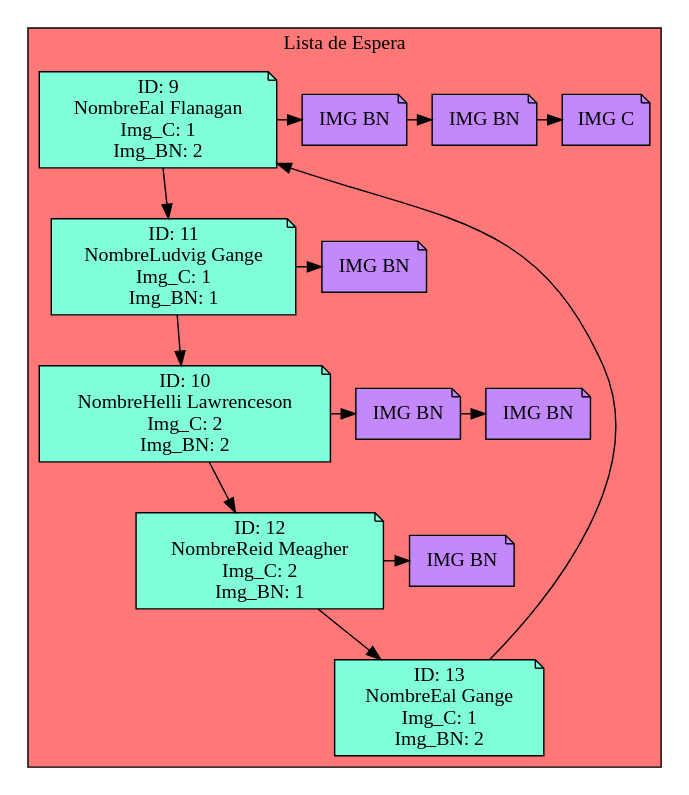
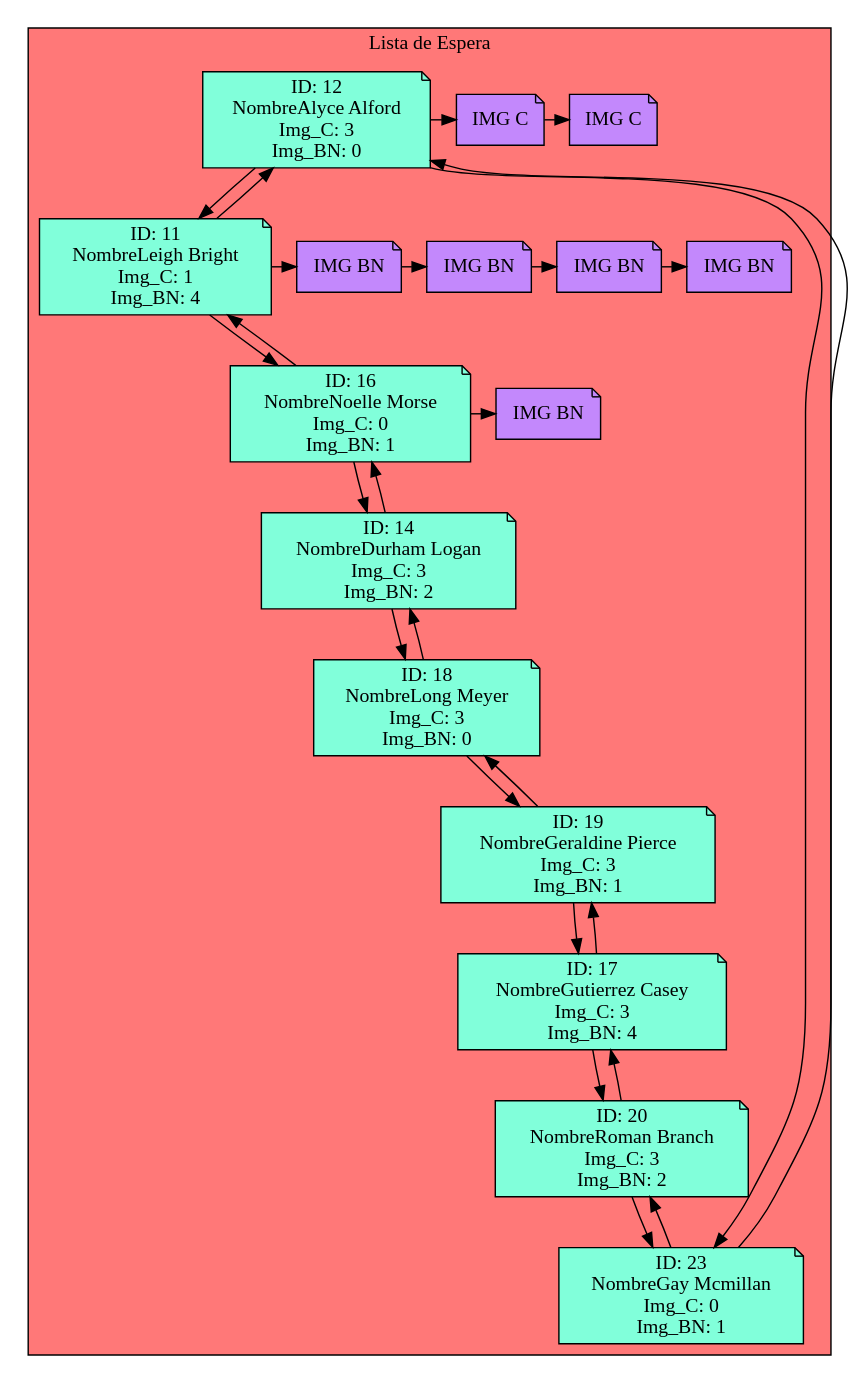
One commit to Serch-ING/EDD_UDRAWING_202000119 changed the diagram in Circular_Doble_espera.dot. Above: the diagram before and after it, drawn with Graphviz. The commit also changed 22 other files, not shown here.

```diff
--- a/Circular_Doble_espera.dot
+++ b/Circular_Doble_espera.dot
@@ -1,49 +1,94 @@
 digraph L {
 node[shape=note fillcolor="#A181FF" style =filled]
 subgraph cluster_p{
     label= "Lista de Espera "
     bgcolor = "#FF7878"
-Nodo2036127838[label="ID: 9
-NombreEal Flanagan
+Nodo150268540[label="ID: 12
+NombreAlyce Alford
+Img_C: 3
+Img_BN: 0",fillcolor="#81FFDA"]
+Nodo1470344997[label="ID: 11
+NombreLeigh Bright
 Img_C: 1
+Img_BN: 4",fillcolor="#81FFDA"]
+Nodo29183965[label="ID: 16
+NombreNoelle Morse
+Img_C: 0
+Img_BN: 1",fillcolor="#81FFDA"]
+Nodo310623126[label="ID: 14
+NombreDurham Logan
+Img_C: 3
 Img_BN: 2",fillcolor="#81FFDA"]
-Nodo1645547422[label="ID: 11
-NombreLudvig Gange
-Img_C: 1
+Nodo341796579[label="ID: 18
+NombreLong Meyer
+Img_C: 3
+Img_BN: 0",fillcolor="#81FFDA"]
+Nodo1297978429[label="ID: 19
+NombreGeraldine Pierce
+Img_C: 3
 Img_BN: 1",fillcolor="#81FFDA"]
-Nodo440737101[label="ID: 10
-NombreHelli Lawrenceson
-Img_C: 2
+Nodo915349526[label="ID: 17
+NombreGutierrez Casey
+Img_C: 3
+Img_BN: 4",fillcolor="#81FFDA"]
+Nodo1710989308[label="ID: 20
+NombreRoman Branch
+Img_C: 3
 Img_BN: 2",fillcolor="#81FFDA"]
-Nodo1766505436[label="ID: 12
-NombreReid Meagher
-Img_C: 2
+Nodo1578009262[label="ID: 23
+NombreGay Mcmillan
+Img_C: 0
 Img_BN: 1",fillcolor="#81FFDA"]
-Nodo899644639[label="ID: 13
-NombreEal Gange
-Img_C: 1
-Img_BN: 2",fillcolor="#81FFDA"]
 
-Nodo2036127838 -> Nodo1645547422
-Nodo2036127838->Nodo203612783800001
-Nodo203612783800001[label="IMG BN",fillcolor="#C388FC"]Nodo203612783800001->Nodo203612783800002
-Nodo203612783800002[label="IMG BN",fillcolor="#C388FC"]
-Nodo203612783800002->Nodo203612783811111
-Nodo203612783811111[label="IMG C",fillcolor="#C388FC"]
-{rank=same;Nodo2036127838,Nodo203612783800001,Nodo203612783800002,Nodo203612783811111}
-Nodo1645547422 -> Nodo440737101
-Nodo1645547422->Nodo164554742200001
-Nodo164554742200001[label="IMG BN",fillcolor="#C388FC"]
-{rank=same;Nodo1645547422,Nodo164554742200001}
-Nodo440737101 -> Nodo1766505436
-Nodo440737101->Nodo44073710100001
-Nodo44073710100001[label="IMG BN",fillcolor="#C388FC"]Nodo44073710100001->Nodo44073710100002
-Nodo44073710100002[label="IMG BN",fillcolor="#C388FC"]
-{rank=same;Nodo440737101,Nodo44073710100001,Nodo44073710100002}
-Nodo1766505436 -> Nodo899644639
-Nodo1766505436->Nodo176650543600001
-Nodo176650543600001[label="IMG BN",fillcolor="#C388FC"]
-{rank=same;Nodo1766505436,Nodo176650543600001}
-Nodo899644639 -> Nodo2036127838
+Nodo150268540 -> Nodo1470344997
 
-{rank=same;Nodo899644639}}}
+Nodo1470344997 -> Nodo150268540
+Nodo150268540->Nodo15026854011111
+Nodo15026854011111[label="IMG C",fillcolor="#C388FC"]Nodo15026854011111->Nodo15026854011112
+Nodo15026854011112[label="IMG C",fillcolor="#C388FC"]
+{rank=same;Nodo150268540,Nodo15026854011111,Nodo15026854011112}
+Nodo1470344997 -> Nodo29183965
+
+Nodo29183965 -> Nodo1470344997
+Nodo1470344997->Nodo147034499700001
+Nodo147034499700001[label="IMG BN",fillcolor="#C388FC"]Nodo147034499700001->Nodo147034499700002
+Nodo147034499700002[label="IMG BN",fillcolor="#C388FC"]Nodo147034499700002->Nodo147034499700003
+Nodo147034499700003[label="IMG BN",fillcolor="#C388FC"]Nodo147034499700003->Nodo147034499700004
+Nodo147034499700004[label="IMG BN",fillcolor="#C388FC"]
+{rank=same;Nodo1470344997,Nodo147034499700001,Nodo147034499700002,Nodo147034499700003,Nodo147034499700004}
+Nodo29183965 -> Nodo310623126
+
+Nodo310623126 -> Nodo29183965
+Nodo29183965->Nodo2918396500001
+Nodo2918396500001[label="IMG BN",fillcolor="#C388FC"]
+{rank=same;Nodo29183965,Nodo2918396500001}
+Nodo310623126 -> Nodo341796579
+
+Nodo341796579 -> Nodo310623126
+
+{rank=same;Nodo310623126}
+Nodo341796579 -> Nodo1297978429
+
+Nodo1297978429 -> Nodo341796579
+
+{rank=same;Nodo341796579}
+Nodo1297978429 -> Nodo915349526
+
+Nodo915349526 -> Nodo1297978429
+
+{rank=same;Nodo1297978429}
+Nodo915349526 -> Nodo1710989308
+
+Nodo1710989308 -> Nodo915349526
+
+{rank=same;Nodo915349526}
+Nodo1710989308 -> Nodo1578009262
+
+Nodo1578009262 -> Nodo1710989308
+
+{rank=same;Nodo1710989308}
+Nodo1578009262 -> Nodo150268540
+
+Nodo150268540 -> Nodo1578009262
+
+{rank=same;Nodo1578009262}}}
```
